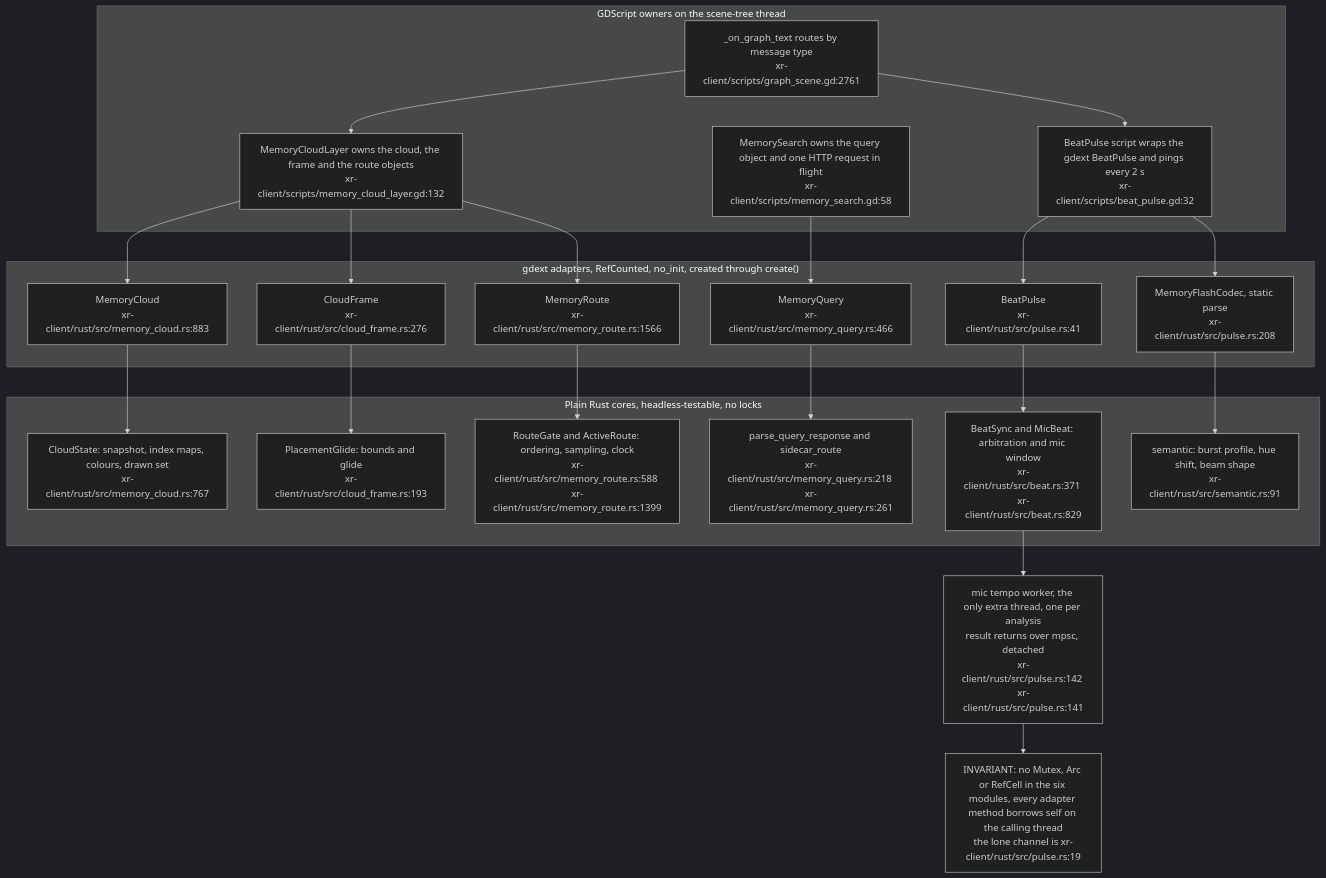
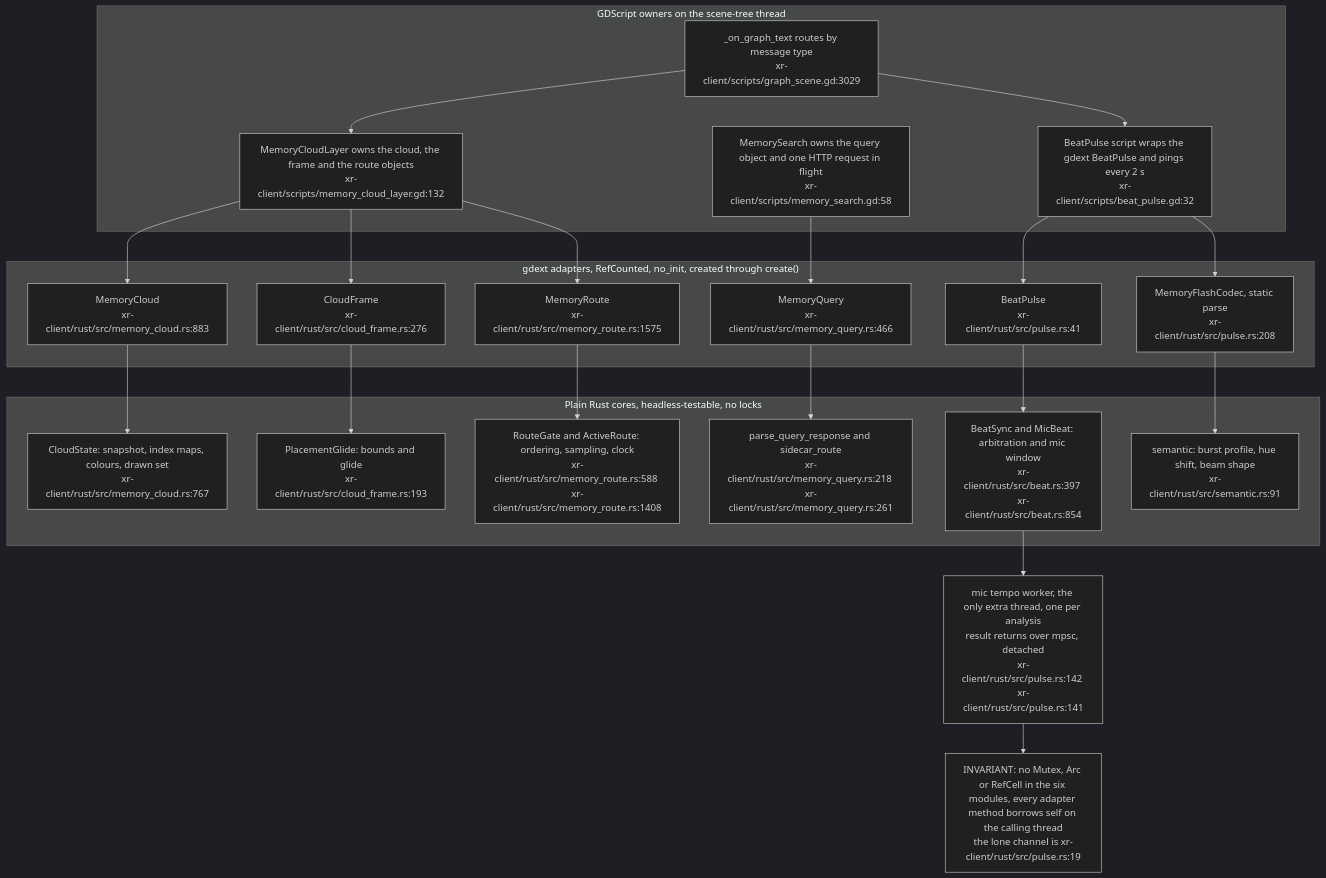
One commit to DreamLab-AI/VisionFlow changed the first of 19 diagrams in docs/diagrams/visionclaw/38-xr-memory-cloud-internals.md. Above: the diagram before and after it, drawn with Mermaid (dark theme). The commit also changed other lines of this file and 160 other files, not shown here.

````diff
--- a/docs/diagrams/visionclaw/38-xr-memory-cloud-internals.md
+++ b/docs/diagrams/visionclaw/38-xr-memory-cloud-internals.md
@@ -50,43 +50,43 @@
 ```mermaid
 flowchart TB
     subgraph gd["GDScript owners on the scene-tree thread"]
-        GS["_on_graph_text routes by message type<br/>xr-client/scripts/graph_scene.gd:2761"]
+        GS["_on_graph_text routes by message type<br/>xr-client/scripts/graph_scene.gd:3029"]
         LAYER["MemoryCloudLayer owns the cloud, the frame and the route objects<br/>xr-client/scripts/memory_cloud_layer.gd:132"]
         SEARCH["MemorySearch owns the query object and one HTTP request in flight<br/>xr-client/scripts/memory_search.gd:58"]
         BEATGD["BeatPulse script wraps the gdext BeatPulse and pings every 2 s<br/>xr-client/scripts/beat_pulse.gd:32"]
     end
     subgraph cls["gdext adapters, RefCounted, no_init, created through create()"]
         MC["MemoryCloud<br/>xr-client/rust/src/memory_cloud.rs:883"]
         CF["CloudFrame<br/>xr-client/rust/src/cloud_frame.rs:276"]
-        MR["MemoryRoute<br/>xr-client/rust/src/memory_route.rs:1566"]
+        MR["MemoryRoute<br/>xr-client/rust/src/memory_route.rs:1575"]
         MQ["MemoryQuery<br/>xr-client/rust/src/memory_query.rs:466"]
         BP["BeatPulse<br/>xr-client/rust/src/pulse.rs:41"]
         FC["MemoryFlashCodec, static parse<br/>xr-client/rust/src/pulse.rs:208"]
     end
     subgraph core["Plain Rust cores, headless-testable, no locks"]
         CS["CloudState: snapshot, index maps, colours, drawn set<br/>xr-client/rust/src/memory_cloud.rs:767"]
         PG["PlacementGlide: bounds and glide<br/>xr-client/rust/src/cloud_frame.rs:193"]
-        RG["RouteGate and ActiveRoute: ordering, sampling, clock<br/>xr-client/rust/src/memory_route.rs:588 xr-client/rust/src/memory_route.rs:1399"]
+        RG["RouteGate and ActiveRoute: ordering, sampling, clock<br/>xr-client/rust/src/memory_route.rs:588 xr-client/rust/src/memory_route.rs:1408"]
         QA["parse_query_response and sidecar_route<br/>xr-client/rust/src/memory_query.rs:218 xr-client/rust/src/memory_query.rs:261"]
-        BS["BeatSync and MicBeat: arbitration and mic window<br/>xr-client/rust/src/beat.rs:371 xr-client/rust/src/beat.rs:829"]
+        BS["BeatSync and MicBeat: arbitration and mic window<br/>xr-client/rust/src/beat.rs:397 xr-client/rust/src/beat.rs:854"]
         SE["semantic: burst profile, hue shift, beam shape<br/>xr-client/rust/src/semantic.rs:91"]
     end
     WORKER["mic tempo worker, the only extra thread, one per analysis<br/>result returns over mpsc, detached<br/>xr-client/rust/src/pulse.rs:142 xr-client/rust/src/pulse.rs:141"]
     GS --> LAYER
     GS --> BEATGD
     LAYER --> MC
     LAYER --> CF
     LAYER --> MR
     SEARCH --> MQ
     BEATGD --> BP
     BEATGD --> FC
     MC --> CS
     CF --> PG
     MR --> RG
     MQ --> QA
     BP --> BS
     FC --> SE
     BS --> WORKER
     INV["INVARIANT: no Mutex, Arc or RefCell in the six modules, every adapter method borrows self on the calling thread<br/>the lone channel is xr-client/rust/src/pulse.rs:19"]
     WORKER --> INV
 ```
````
